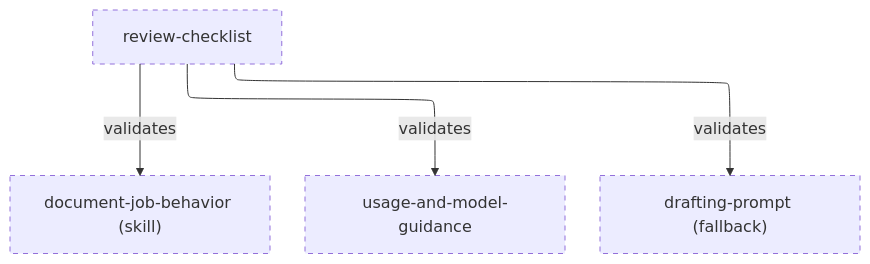
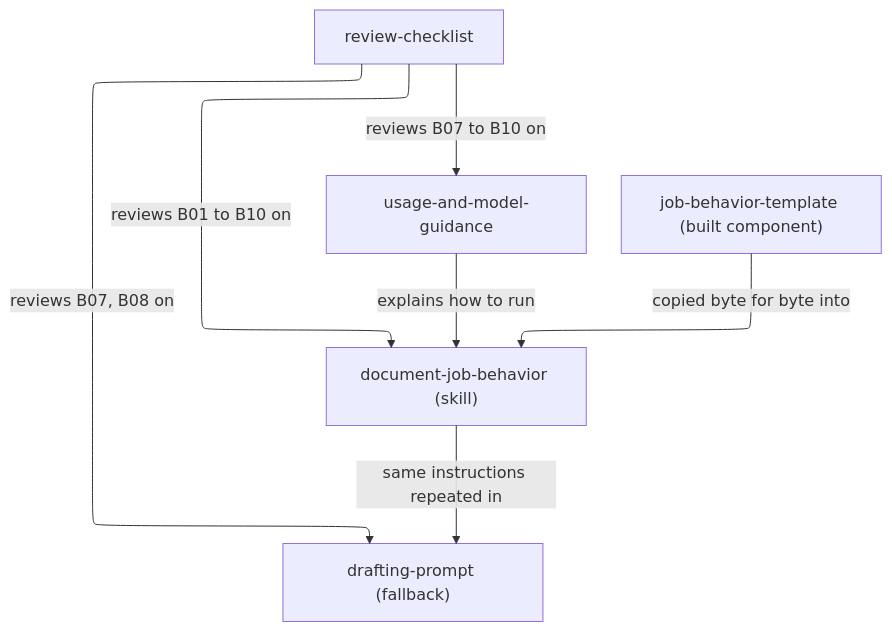
One commit to vrparthasarathy/migration-job-discovery changed the diagram in copilot-drafting-guide/README.md. Above: the diagram before and after it, drawn with Mermaid. The commit also changed other lines of this file and 8 other files, not shown here.

````diff
--- a/copilot-drafting-guide/README.md
+++ b/copilot-drafting-guide/README.md
@@ -54,15 +25,24 @@
 ```mermaid
 ---
 config:
   layout: elk
 ---
 %%{init: {"securityLevel": "loose"}}%%
 flowchart TB
-  skill["document-job-behavior (skill)"]:::planned
-  guidance["usage-and-model-guidance"]:::planned
-  prompt["drafting-prompt (fallback)"]:::planned
-  chk["review-checklist"]:::planned -->|validates| skill
-  chk -->|validates| guidance
-  chk -->|validates| prompt
-  classDef planned stroke-dasharray: 5 5
+  chk["review-checklist"]
+  skill["document-job-behavior (skill)"]
+  guidance["usage-and-model-guidance"]
+  prompt["drafting-prompt (fallback)"]
+  tmpl["job-behavior-template (built component)"]
+  click chk "review-checklist.md"
+  click skill "document-job-behavior/SKILL.md"
+  click guidance "usage-and-model-guidance.md"
+  click prompt "drafting-prompt.md"
+  click tmpl "../job-behavior-template/README.md"
+  tmpl -->|"copied byte for byte into"| skill
+  skill -->|"same instructions repeated in"| prompt
+  guidance -->|"explains how to run"| skill
+  chk -->|"reviews B01 to B10 on"| skill
+  chk -->|"reviews B07 to B10 on"| guidance
+  chk -->|"reviews B07, B08 on"| prompt
 ```
````
